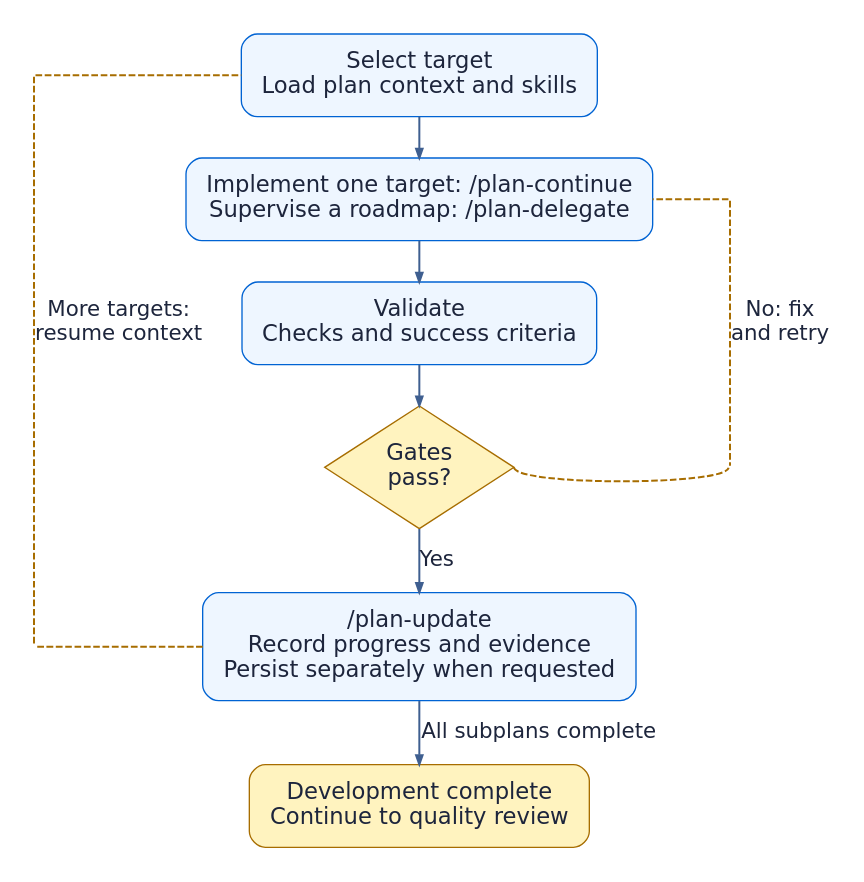
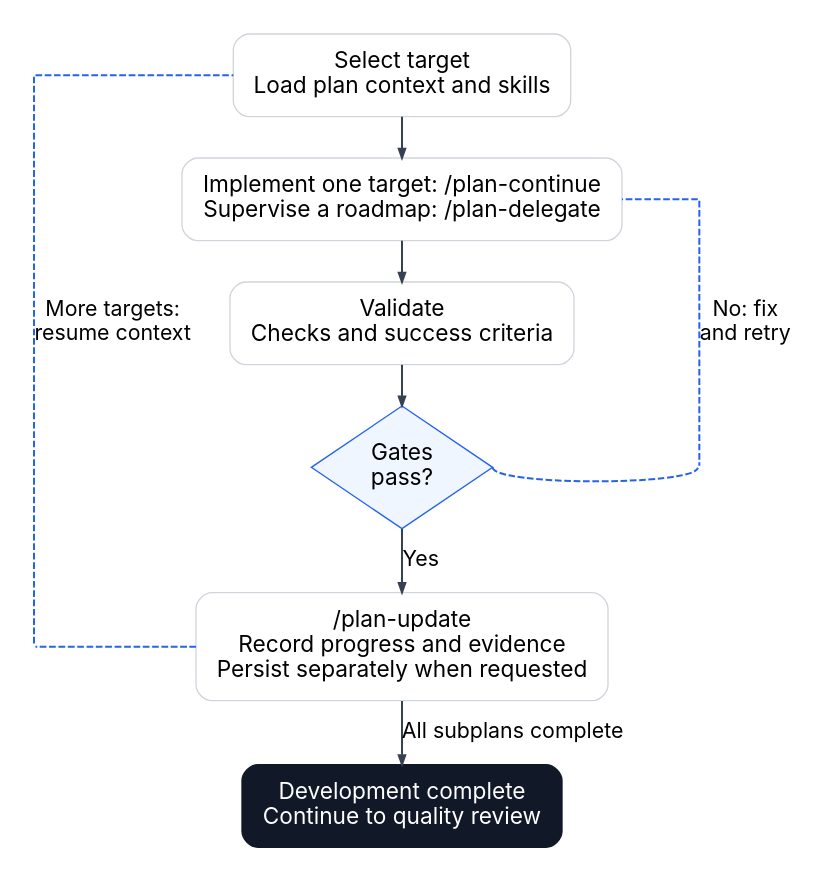
One commit to xonovex/platform changed the diagram in packages/runtime/plugin/plugin-workflow/diagrams/development-cycle.dot. Above: the diagram before and after it, drawn with Graphviz. The commit also changed 15 other files, not shown here.

Commit message:
docs: define Xonovex design and theme workflow diagrams

```diff
--- a/packages/runtime/plugin/plugin-workflow/diagrams/development-cycle.dot
+++ b/packages/runtime/plugin/plugin-workflow/diagrams/development-cycle.dot
@@ -1,38 +1,38 @@
 digraph diagram {
-  graph [bgcolor="white", rankdir=TB, pad=0.25, nodesep=0.4, ranksep=0.4, splines=polyline]
-  node [shape=box, style="rounded,filled", fontname="DejaVu Sans", fontsize=17, color="#0063d3", fillcolor="#eef6ff", fontcolor="#1d253c", margin="0.22,0.16", group=steps]
-  edge [fontname="DejaVu Sans", fontsize=16, color="#3f5f90", fontcolor="#1d253c", penwidth=1.5, arrowsize=0.7]
+  graph [bgcolor="white", rankdir=TB, pad=0.25, nodesep=0.4, ranksep=0.4, splines=polyline, fontname="Space Grotesk,sans-serif", fontcolor="#000000"]
+  node [shape=box, style="rounded,filled", fontname="Inter,sans-serif", fontsize=17, color="#d1d5db", fillcolor="#ffffff", fontcolor="#000000", margin="0.22,0.16", group=steps]
+  edge [fontname="Inter,sans-serif", fontsize=16, color="#374151", fontcolor="#000000", penwidth=1.5, arrowsize=0.7]
 
   next [label="Select target\nLoad plan context and skills"]
   implement [label="Implement one target: /plan-continue\nSupervise a roadmap: /plan-delegate"]
   validate [label="Validate\nChecks and success criteria"]
-  gates [label="Gates\npass?", shape=diamond, style=filled, fillcolor="#fff3bf", color="#a76d00", margin="0.14,0.06"]
+  gates [label="Gates\npass?", shape=diamond, style=filled, fillcolor="#eff6ff", color="#2563eb", margin="0.14,0.06"]
   update [label="/plan-update\nRecord progress and evidence\nPersist separately when requested"]
-  complete [label="Development complete\nContinue to quality review", fillcolor="#fff3bf", color="#a76d00"]
+  complete [label="Development complete\nContinue to quality review", fillcolor="#111827", color="#111827", fontcolor="#ffffff"]
 
   node [shape=point, width=0, height=0, label="", style=invis]
   resume_top [group=resume]
   resume_bottom [group=resume]
   retry_top [group=retry]
   retry_bottom [group=retry]
 
   { rank=same; resume_top; next }
   { rank=same; implement; retry_top }
   { rank=same; gates; retry_bottom }
   { rank=same; resume_bottom; update }
 
   next -> implement -> validate -> gates [weight=20]
   gates -> update [label="Yes"]
   update -> complete [label="All subplans complete"]
 
   resume_bottom -> update [style=invis]
   implement -> retry_top [style=invis]
 
-  edge [color="#a76d00", style=dashed]
+  edge [color="#2563eb", style=dashed]
   gates:e -> retry_bottom [arrowhead=none, constraint=false]
   retry_top -> retry_bottom [label="No: fix\nand retry", arrowhead=none, weight=20]
   retry_top -> implement:e [constraint=false]
   update:w -> resume_bottom [arrowhead=none, constraint=false]
   resume_top -> resume_bottom [label="More targets:\nresume context", arrowhead=none, weight=20]
   resume_top -> next:w
 }
```
